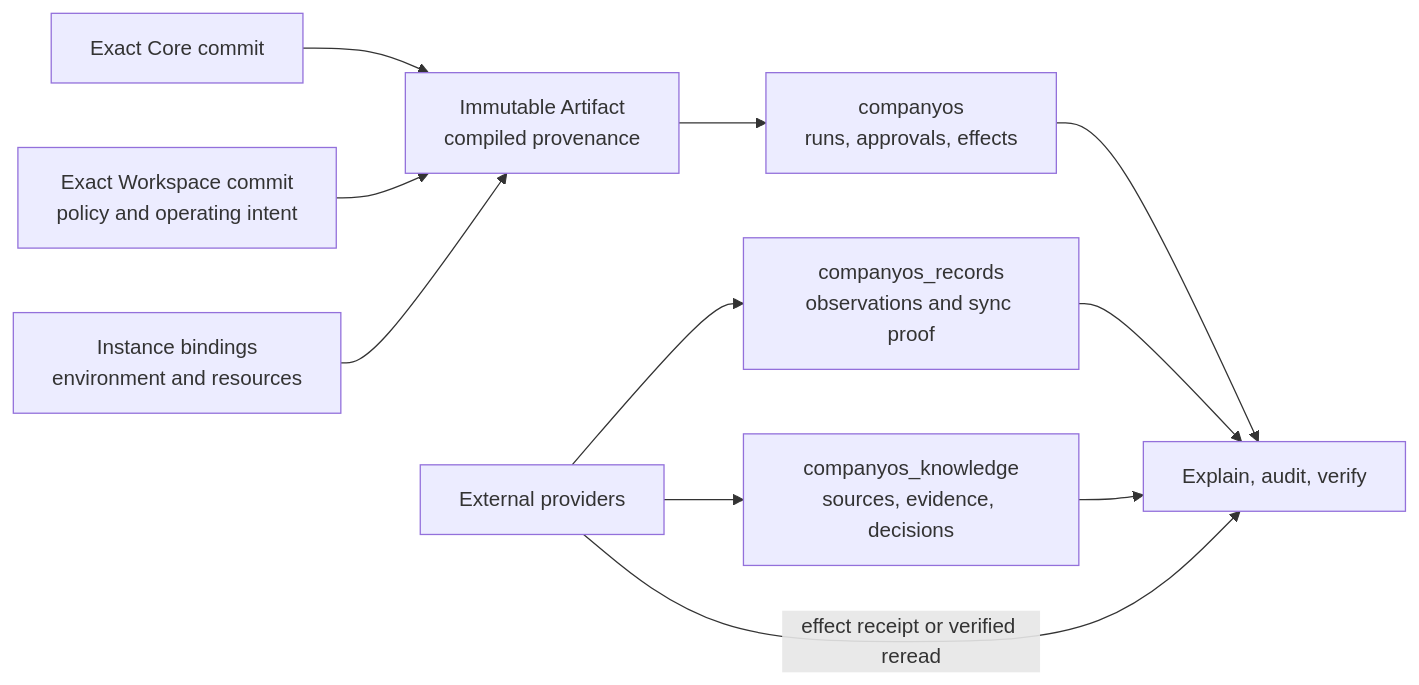
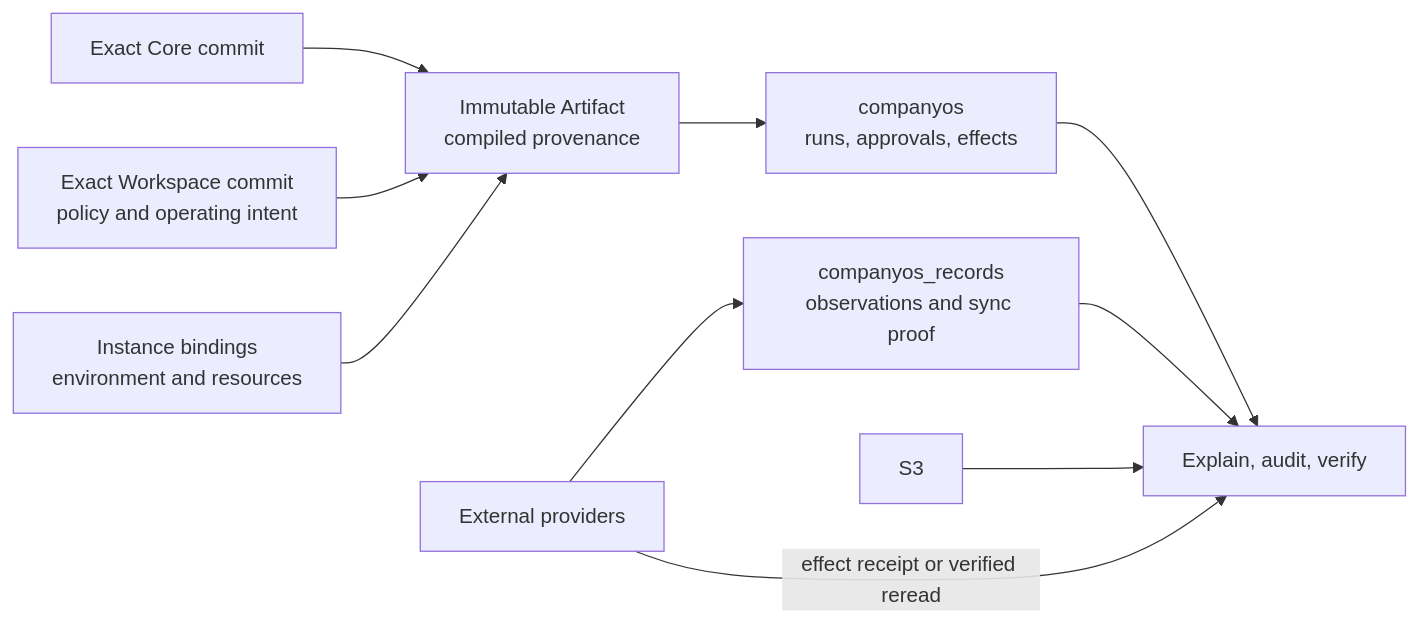
One commit to oregano-os/oregano changed the diagram in docs/architecture/system-of-proof.md. Above: the diagram before and after it, drawn with Mermaid. The commit also changed other lines of this file and 251 other files, not shown here.

````diff
--- a/docs/architecture/system-of-proof.md
+++ b/docs/architecture/system-of-proof.md
@@ -35,13 +35,12 @@
 ```mermaid
 flowchart LR
     C["Exact Core commit"] --> A["Immutable Artifact<br/>compiled provenance"]
     W["Exact Workspace commit<br/>policy and operating intent"] --> A
     I["Instance bindings<br/>environment and resources"] --> A
     A --> S1["companyos<br/>runs, approvals, effects"]
     P["External providers"] --> S2["companyos_records<br/>observations and sync proof"]
-    P --> S3["companyos_knowledge<br/>sources, evidence, decisions"]
     S1 --> Q["Explain, audit, verify"]
     S2 --> Q
     S3 --> Q
     P -->|"effect receipt or verified reread"| Q
 ```
````
